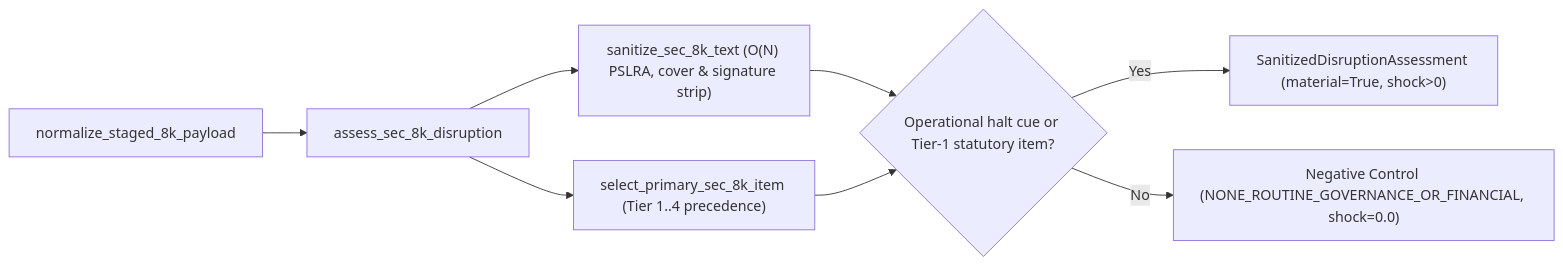
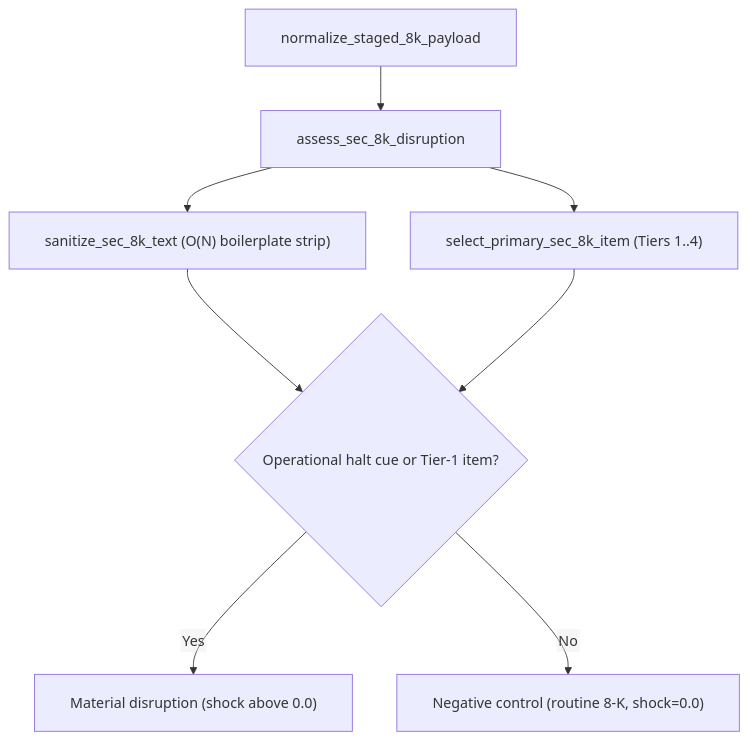
The third of 4 diagrams in docs/technical-report/01-pit-universe-and-ingestion.md (CamiloEmiliano/YarnBall), drawn with Mermaid before and after one commit. The commit also changed other lines of this file and 6 other files, not shown here.

Commit message:
docs(technical-report): fix Mermaid rendering, Monograph numbering, notation, and Ch.0 layout

````diff
--- a/docs/technical-report/01-pit-universe-and-ingestion.md
+++ b/docs/technical-report/01-pit-universe-and-ingestion.md
@@ -274,10 +290,11 @@
 ```mermaid
-flowchart LR
+%%{init: {"flowchart": {"htmlLabels": false, "wrappingWidth": 420, "padding": 20}}}%%
+flowchart TD
     A["normalize_staged_8k_payload"] --> B["assess_sec_8k_disruption"]
-    B --> C["sanitize_sec_8k_text (O(N) PSLRA, cover & signature strip)"]
-    B --> D["select_primary_sec_8k_item (Tier 1..4 precedence)"]
-    C --> E{"Operational halt cue or Tier-1 statutory item?"}
+    B --> C["sanitize_sec_8k_text (O(N) boilerplate strip)"]
+    B --> D["select_primary_sec_8k_item (Tiers 1..4)"]
+    C --> E{"Operational halt cue or Tier-1 item?"}
     D --> E
-    E -->|"Yes"| F["SanitizedDisruptionAssessment (material=True, shock>0)"]
-    E -->|"No"| G["Negative Control (NONE_ROUTINE_GOVERNANCE_OR_FINANCIAL, shock=0.0)"]
+    E -->|"Yes"| F["Material disruption (shock above 0.0)"]
+    E -->|"No"| G["Negative control (routine 8-K, shock=0.0)"]
 ```
````
